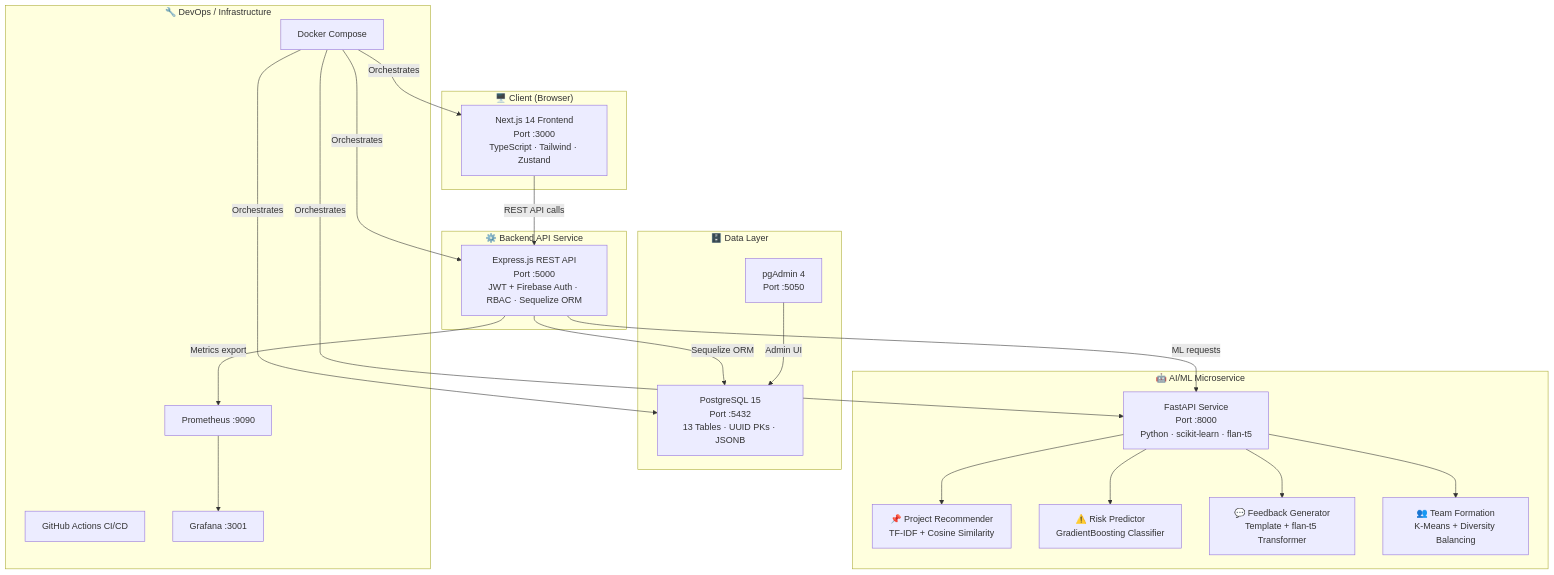
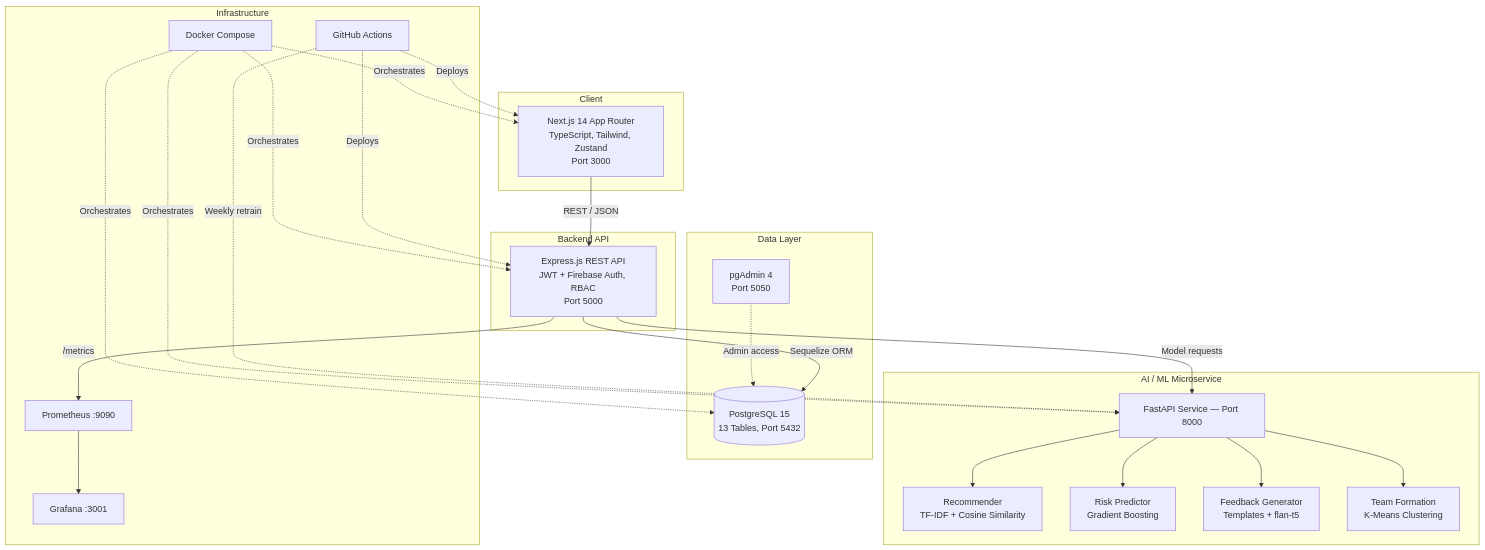
Before and after one commit to kunalkhaire302/CapstoneX-Powered-Academic-Project-Governance-and-Intelligence-Platform: the first of 4 diagrams in README.md, drawn with Mermaid. The commit also changed other lines of this file, not shown here.

````diff
--- a/README.md
+++ b/README.md
@@ -69,45 +144,48 @@
 ```mermaid
 graph TB
-    subgraph Client["🖥️ Client (Browser)"]
-        FE["Next.js 14 Frontend<br/>Port :3000<br/>TypeScript · Tailwind · Zustand"]
+    subgraph Client["Client"]
+        FE["Next.js 14 App Router<br/>TypeScript, Tailwind, Zustand<br/>Port 3000"]
     end
 
-    subgraph BackendAPI["⚙️ Backend API Service"]
-        BE["Express.js REST API<br/>Port :5000<br/>JWT + Firebase Auth · RBAC · Sequelize ORM"]
+    subgraph Backend["Backend API"]
+        BE["Express.js REST API<br/>JWT + Firebase Auth, RBAC<br/>Port 5000"]
     end
 
-    subgraph AIService["🤖 AI/ML Microservice"]
-        AI["FastAPI Service<br/>Port :8000<br/>Python · scikit-learn · flan-t5"]
-        M1["📌 Project Recommender<br/>TF-IDF + Cosine Similarity"]
-        M2["⚠️ Risk Predictor<br/>GradientBoosting Classifier"]
-        M3["💬 Feedback Generator<br/>Template + flan-t5 Transformer"]
-        M4["👥 Team Formation<br/>K-Means + Diversity Balancing"]
-        AI --> M1
-        AI --> M2
-        AI --> M3
-        AI --> M4
+    subgraph AI["AI / ML Microservice"]
+        FAST["FastAPI Service — Port 8000"]
+        REC["Recommender<br/>TF-IDF + Cosine Similarity"]
+        RISK["Risk Predictor<br/>Gradient Boosting"]
+        FB["Feedback Generator<br/>Templates + flan-t5"]
+        TEAM["Team Formation<br/>K-Means Clustering"]
+        FAST --> REC
+        FAST --> RISK
+        FAST --> FB
+        FAST --> TEAM
     end
 
-    subgraph DataLayer["🗄️ Data Layer"]
-        DB["PostgreSQL 15<br/>Port :5432<br/>13 Tables · UUID PKs · JSONB"]
-        PGA["pgAdmin 4<br/>Port :5050"]
+    subgraph Data["Data Layer"]
+        DB[("PostgreSQL 15<br/>13 Tables, Port 5432")]
+        ADMIN["pgAdmin 4<br/>Port 5050"]
     end
 
-    subgraph DevOps["🔧 DevOps / Infrastructure"]
-        DC["Docker Compose"]
-        GHA["GitHub Actions CI/CD"]
+    subgraph Infra["Infrastructure"]
+        DOCKER["Docker Compose"]
+        ACTIONS["GitHub Actions"]
         PROM["Prometheus :9090"]
         GRAF["Grafana :3001"]
     end
 
-    FE -->|REST API calls| BE
-    BE -->|ML requests| AI
+    FE -->|REST / JSON| BE
+    BE -->|Model requests| FAST
     BE -->|Sequelize ORM| DB
-    PGA -->|Admin UI| DB
-    DC -->|Orchestrates| FE
-    DC -->|Orchestrates| BE
-    DC -->|Orchestrates| AI
-    DC -->|Orchestrates| DB
-    BE -->|Metrics export| PROM
+    ADMIN -.->|Admin access| DB
+    BE -->|/metrics| PROM
     PROM --> GRAF
+    ACTIONS -.->|Deploys| FE
+    ACTIONS -.->|Deploys| BE
+    ACTIONS -.->|Weekly retrain| FAST
+    DOCKER -.->|Orchestrates| FE
+    DOCKER -.->|Orchestrates| BE
+    DOCKER -.->|Orchestrates| FAST
+    DOCKER -.->|Orchestrates| DB
 ```
````
